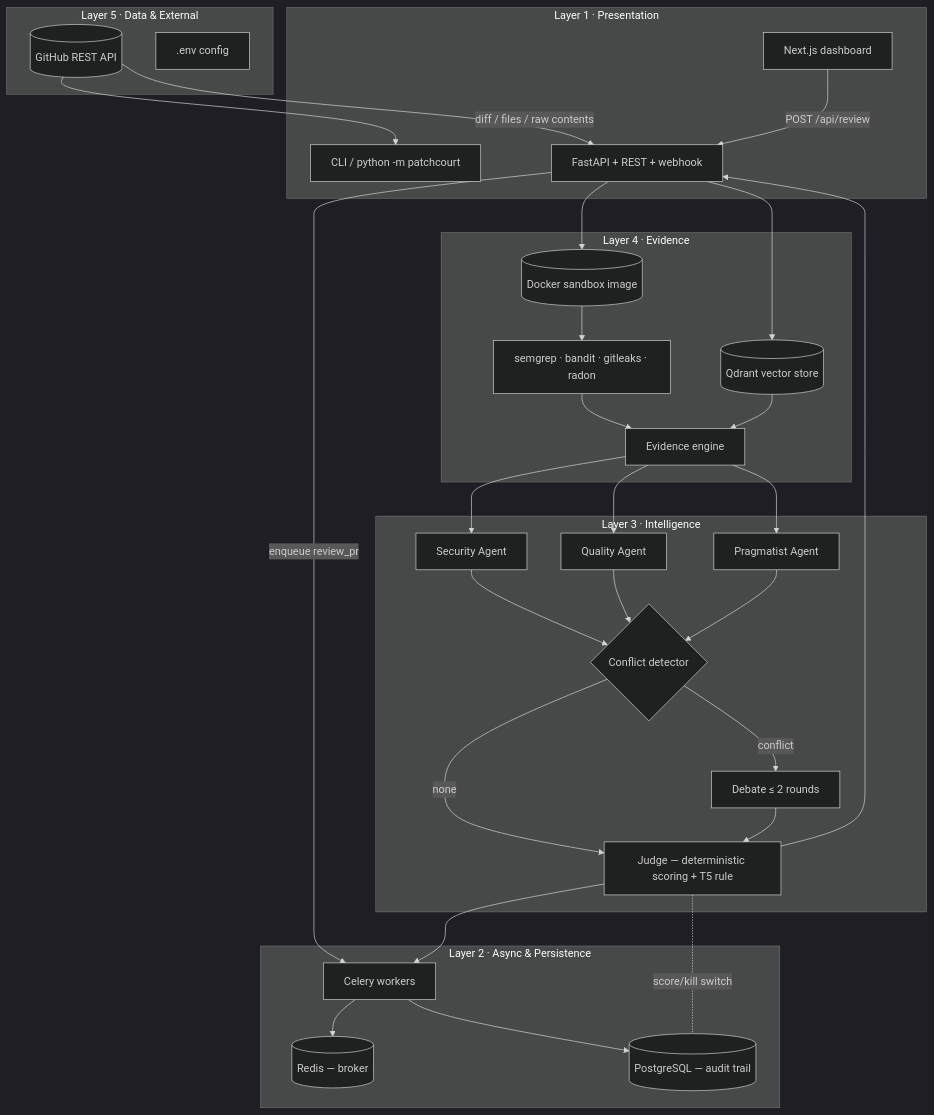
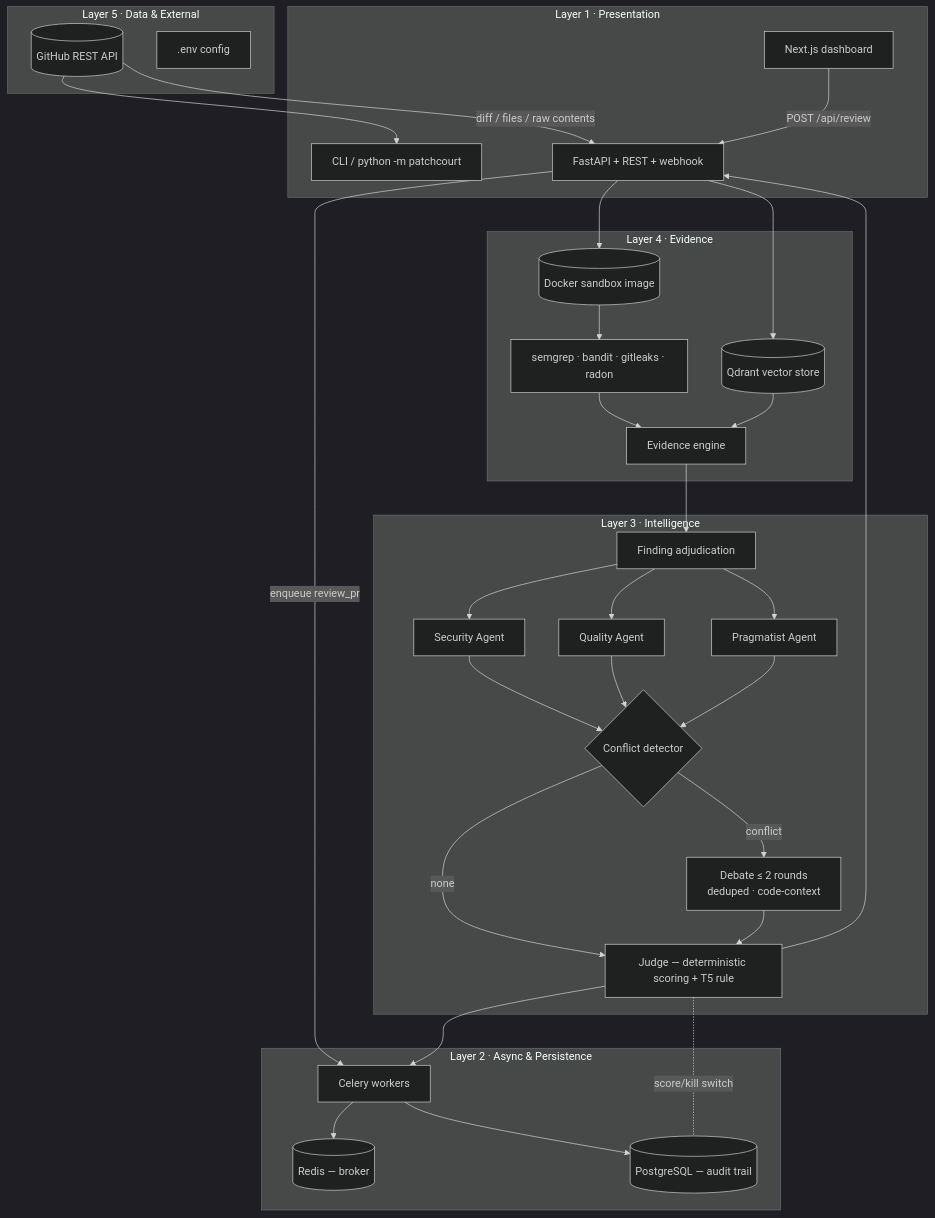
The diagram in README.md (sakthiMurugan03/patchcourt), drawn with Mermaid (dark theme) before and after one commit. The commit also changed other lines of this file, not shown here.

Commit message:
docs: update README for debate context/dedup, verdicts, adjudication, and dynamic comparison

````diff
--- a/README.md
+++ b/README.md
@@ -64,51 +79,53 @@
 ```mermaid
 flowchart TB
     subgraph L1["Layer 1 · Presentation"]
         CLI[CLI / python -m patchcourt]
         API[FastAPI + REST + webhook]
         DASH[Next.js dashboard]
     end
     subgraph L2["Layer 2 · Async & Persistence"]
         CEL[Celery workers]
         REDIS[(Redis — broker)]
         PG[(PostgreSQL — audit trail)]
     end
     subgraph L3["Layer 3 · Intelligence"]
+        ADJ[Finding adjudication]
         SEC[Security Agent]
         QUA[Quality Agent]
         PRA[Pragmatist Agent]
         CON{Conflict detector}
-        DEB[Debate ≤ 2 rounds]
+        DEB["Debate ≤ 2 rounds<br/>deduped · code-context"]
         JUG[Judge — deterministic scoring + T5 rule]
     end
     subgraph L4["Layer 4 · Evidence"]
         ENG[Evidence engine]
         SAN[(Docker sandbox image)]
         TOOLS[semgrep · bandit · gitleaks · radon]
         RAG[(Qdrant vector store)]
     end
     subgraph L5["Layer 5 · Data & External"]
         GH[(GitHub REST API)]
         ENV[.env config]
     end
 
     GH -->|diff / files / raw contents| API
     GH --> CLI
     DASH -->|POST /api/review| API
     API -->|enqueue review_pr| CEL
     CEL --> REDIS
     CEL --> PG
     API --> RAG
     API --> SAN
     SAN --> TOOLS
     TOOLS --> ENG
     RAG --> ENG
-    ENG --> SEC & QUA & PRA
+    ENG --> ADJ
+    ADJ --> SEC & QUA & PRA
     SEC & QUA & PRA --> CON
     CON -->|conflict| DEB
     CON -->|none| JUG
     DEB --> JUG
     JUG --> API
     JUG --> CEL
     JUG -.score/kill switch.- PG
 ```
````
